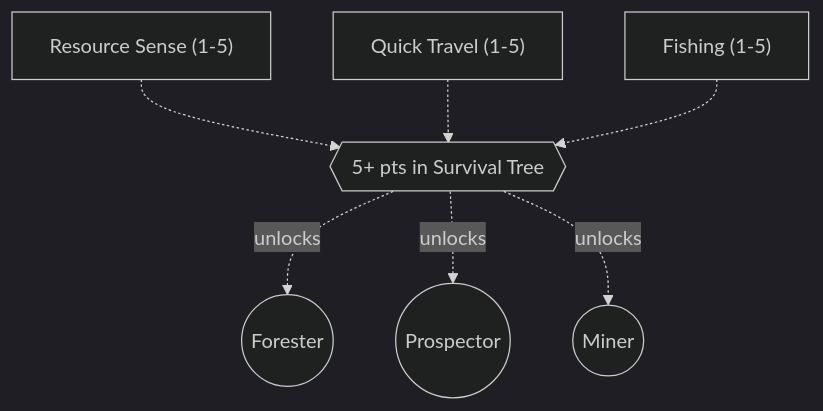
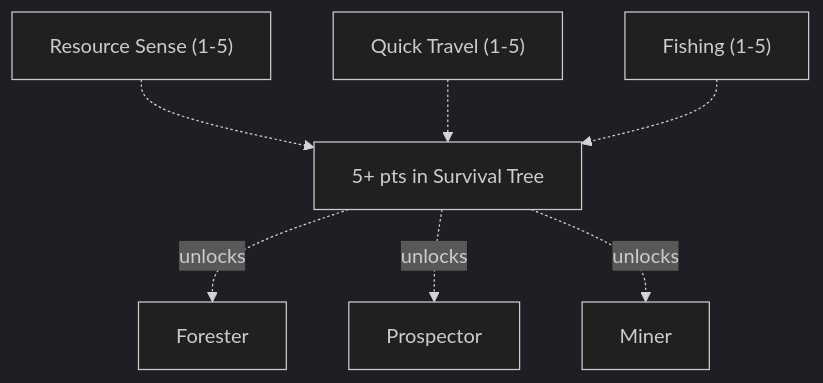
One commit to tfelix/bestia-docs changed the sixth of 16 diagrams in content/docs/mechanics/master.md. Above: the diagram before and after it, drawn with Mermaid (dark theme). The commit also changed other lines of this file, not shown here.

````diff
--- a/content/docs/mechanics/master.md
+++ b/content/docs/mechanics/master.md
@@ -530,17 +530,17 @@
 ```mermaid
 graph TD
     ResourceSense["Resource Sense (1-5)"]
     QuickTravel["Quick Travel (1-5)"]
     Fishing["Fishing (1-5)"]
-    Gate{{"5+ pts in Survival Tree"}}
-    Forester(("Forester"))
-    Prospector(("Prospector"))
-    Miner(("Miner"))
+    Gate["5+ pts in Survival Tree"]
+    Forester["Forester"]
+    Prospector["Prospector"]
+    Miner["Miner"]
 
     ResourceSense -.-> Gate
     QuickTravel -.-> Gate
     Fishing -.-> Gate
     Gate -.->|unlocks| Forester
     Gate -.->|unlocks| Prospector
     Gate -.->|unlocks| Miner
 ```
````
